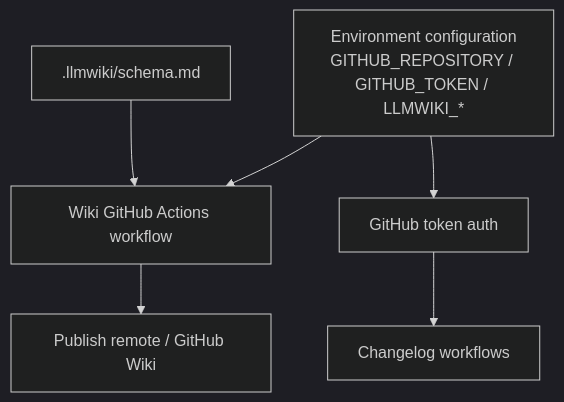
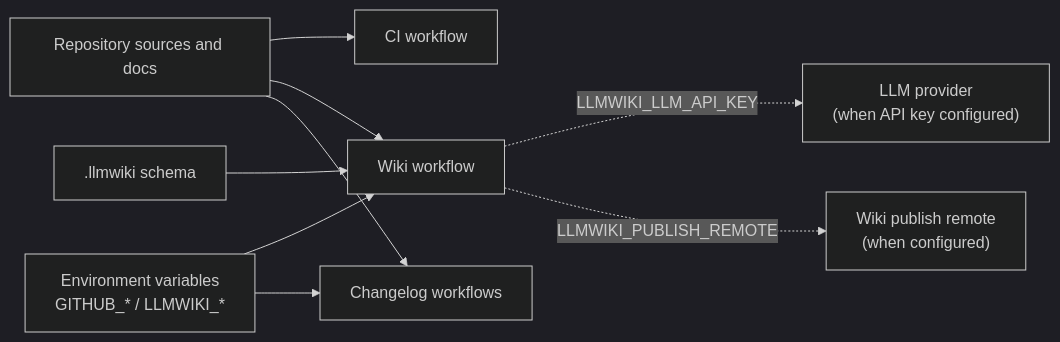
Before and after one commit to mfittko/repo-wiki: the third of 4 diagrams in Architecture.md, drawn with Mermaid (dark theme). The commit also changed other lines of this file and 45 other files, not shown here.

Commit message:
Compile repository wiki 2026-06-12T13:37:54.626Z

````diff
--- a/Architecture.md
+++ b/Architecture.md
@@ -141,15 +237,20 @@
 ```mermaid
-flowchart TD
-  Env["Environment configuration\nGITHUB_REPOSITORY / GITHUB_TOKEN / LLMWIKI_*"]
-  WikiAction["Wiki GitHub Actions workflow"]
-  Schema[".llmwiki/schema.md"]
-  Publish["Publish remote / GitHub Wiki"]
-  ChangelogAction["Changelog workflows"]
-  GitHubAuth["GitHub token auth"]
+flowchart LR
+  Sources["Repository sources and docs"]
+  Env["Environment variables<br/>GITHUB_* / LLMWIKI_*"]
+  CI["CI workflow"]
+  WikiWorkflow["Wiki workflow"]
+  Changelog["Changelog workflows"]
+  Schema[".llmwiki schema"]
+  LLM["LLM provider<br/>(when API key configured)"]
+  WikiRemote["Wiki publish remote<br/>(when configured)"]
 
-  Env --> WikiAction
-  Schema --> WikiAction
-  WikiAction --> Publish
-  Env --> GitHubAuth
-  GitHubAuth --> ChangelogAction
+  Sources --> CI
+  Sources --> WikiWorkflow
+  Sources --> Changelog
+  Env --> WikiWorkflow
+  Env --> Changelog
+  Schema --> WikiWorkflow
+  WikiWorkflow -. "LLMWIKI_LLM_API_KEY" .-> LLM
+  WikiWorkflow -. "LLMWIKI_PUBLISH_REMOTE" .-> WikiRemote
 ```
````
